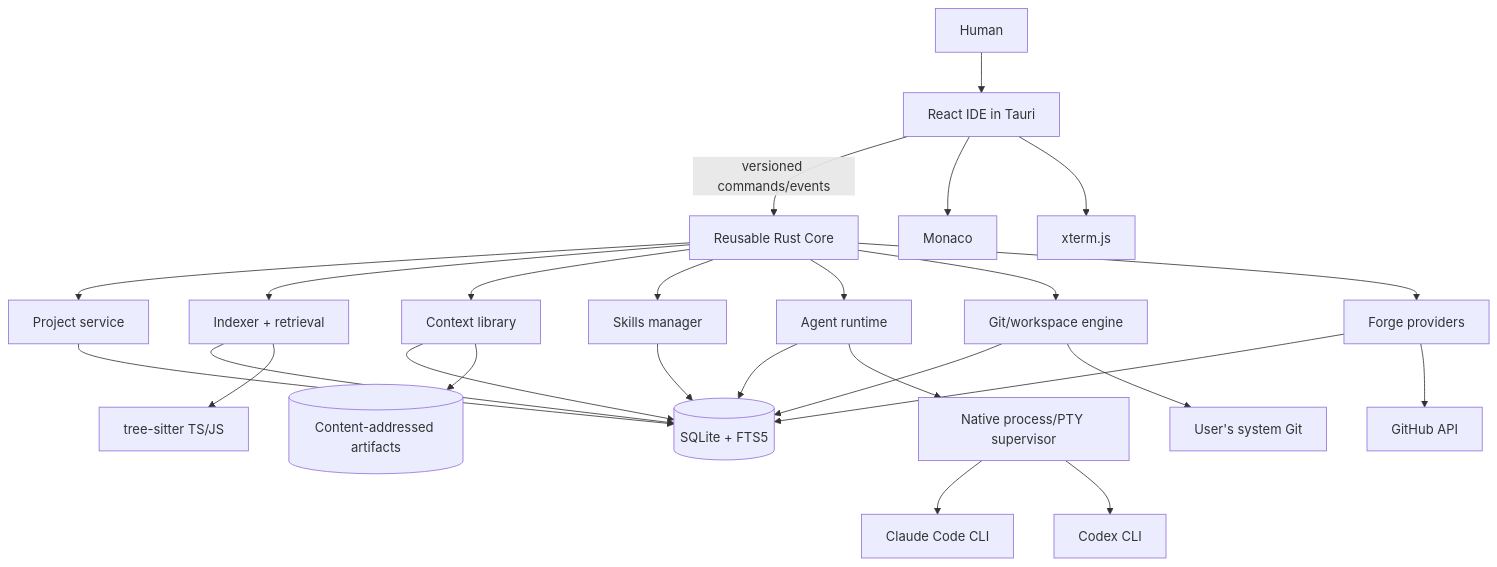
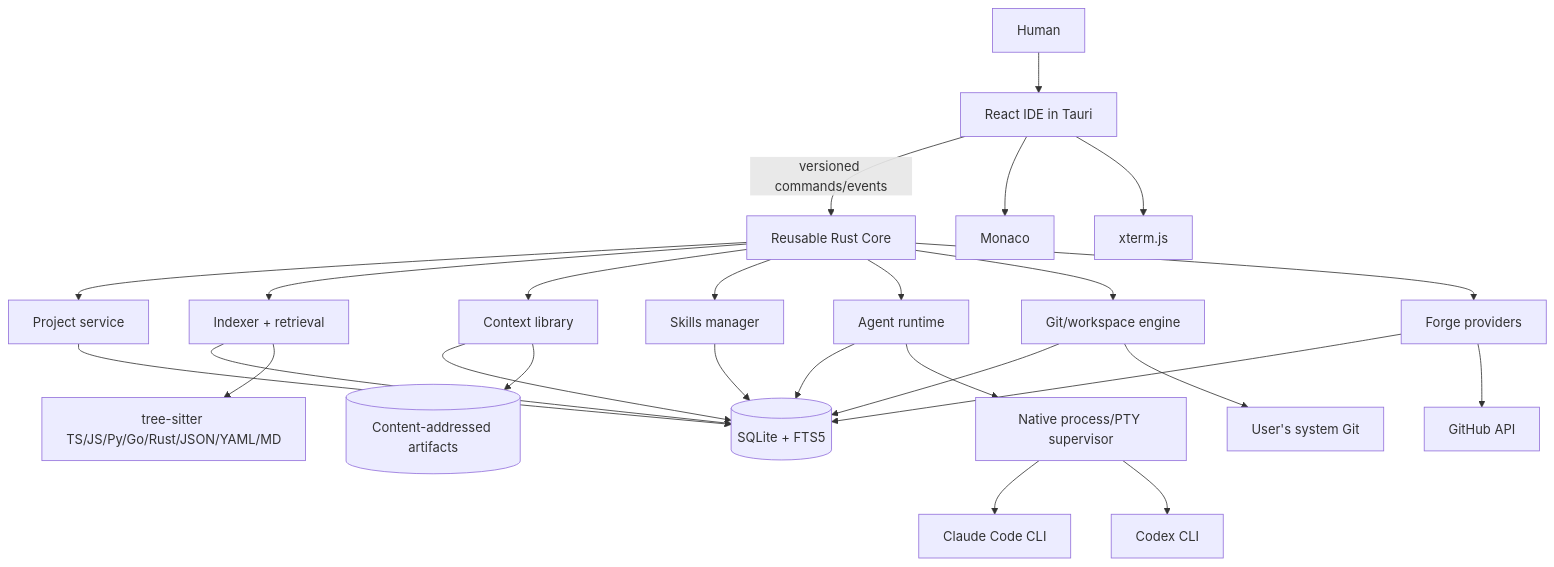
One commit to fayeed/mars changed the first of 2 diagrams in ARCHITECTURE.md. Above: the diagram before and after it, drawn with Mermaid. The commit also changed other lines of this file and 3 other files, not shown here.

````diff
--- a/ARCHITECTURE.md
+++ b/ARCHITECTURE.md
@@ -52,28 +52,28 @@
 ```mermaid
 flowchart TB
   Human --> Desktop[React IDE in Tauri]
   Desktop -->|versioned commands/events| Core[Reusable Rust Core]
   Core --> Projects[Project service]
   Core --> Indexer[Indexer + retrieval]
   Core --> Context[Context library]
   Core --> Skills[Skills manager]
   Core --> Agents[Agent runtime]
   Core --> Workspace[Git/workspace engine]
   Core --> Forge[Forge providers]
   Projects --> DB[(SQLite + FTS5)]
   Indexer --> DB
   Context --> DB
   Context --> Blobs[(Content-addressed artifacts)]
   Skills --> DB
   Agents --> DB
   Workspace --> DB
   Forge --> DB
-  Indexer --> Parser[tree-sitter TS/JS]
+  Indexer --> Parser[tree-sitter TS/JS/Py/Go/Rust/JSON/YAML/MD]
   Agents --> PTY[Native process/PTY supervisor]
   PTY --> Claude[Claude Code CLI]
   PTY --> Codex[Codex CLI]
   Workspace --> Git[User's system Git]
   Forge --> GitHub[GitHub API]
   Desktop --> Monaco
   Desktop --> Xterm[xterm.js]
 ```
````
